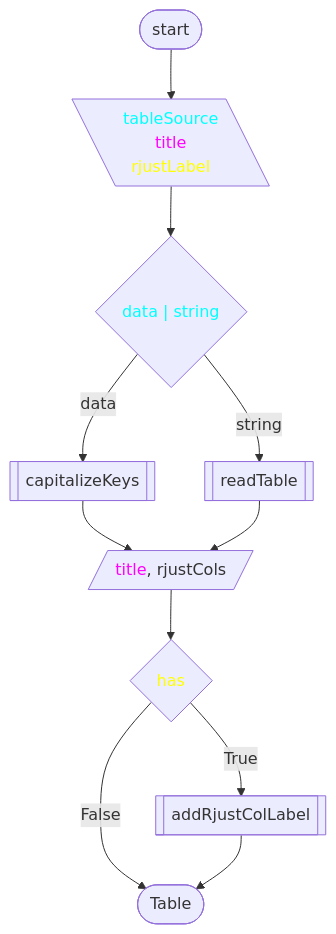
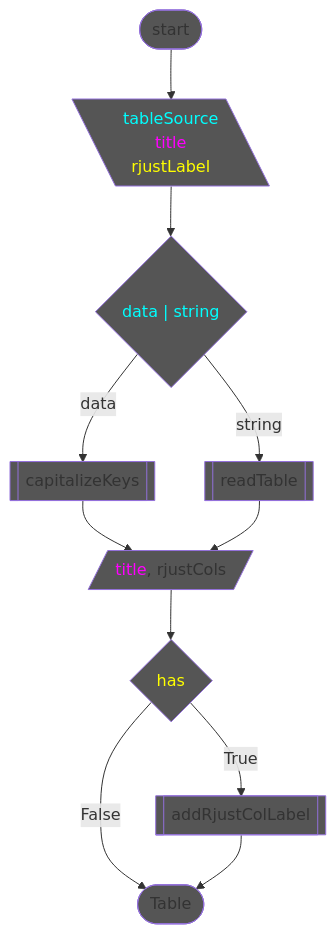
The second of 20 diagrams in scripts/table/design.md (7s4e/p3), drawn with Mermaid before and after one commit.

Commit message:
try fill

````diff
--- a/scripts/table/design.md
+++ b/scripts/table/design.md
@@ -54,24 +54,34 @@
 ```mermaid
 flowchart TB
+    classDef fill fill:#555
     STR([start])
+        STR:::fill
         STR --> SRC
     SRC[\"<span style='color:cyan;'>tableSource</span>
           <span style='color:magenta;'>title</span>
           <span style='color:yellow;'>rjustLabel</span>"\]
+        SRC:::fill
         SRC --> DOS
     DOS{"<span style='color:cyan;'>data | string</span>"}
+        DOS:::fill
         DOS -- data  --> CAP
         DOS -- string --> RDT
     CAP[[capitalizeKeys]]
+        CAP:::fill
         CAP --> SET
     RDT[[readTable]]
+        RDT:::fill
         RDT --> SET
     SET[/"<span style='color:magenta;'>title</span>, rjustCols"/]
+        SET:::fill
         SET --> HCL
     HCL{"<span style='color:yellow;'>has</span>"}
+        HCL:::fill
         HCL -- True  --> ACL
         HCL -- False --> END
     ACL[[addRjustColLabel]]
+        ACL:::fill
         ACL --> END
     END([Table])
+        END:::fill
 ```
````
